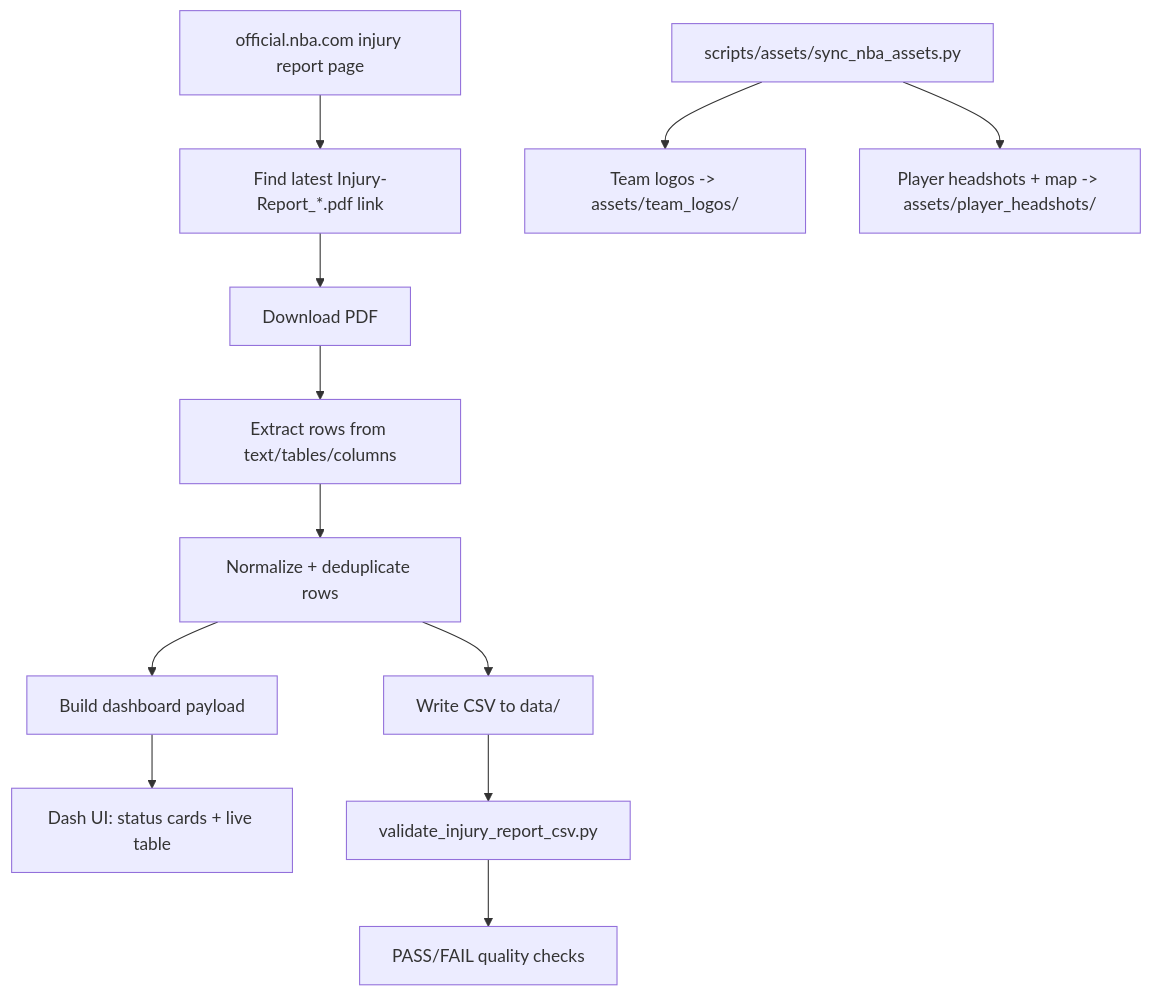
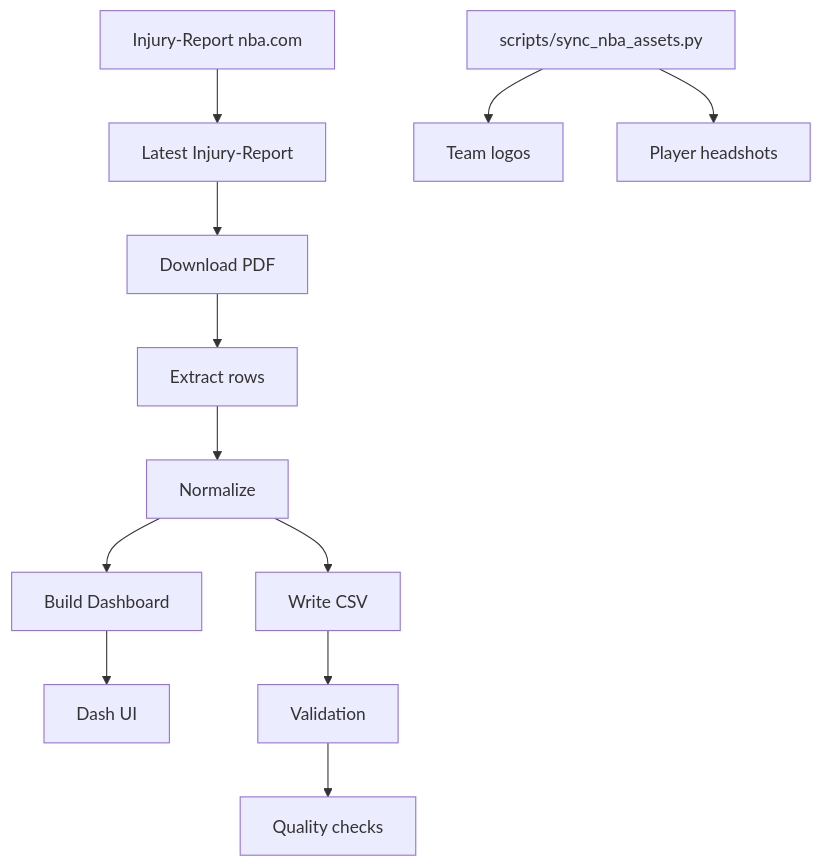
One commit to LucasB19/NBA-Injury-Report changed the diagram in README.md. Above: the diagram before and after it, drawn with Mermaid.

Commit message:
docs: simplify README mermaid labels

````diff
--- a/README.md
+++ b/README.md
@@ -20,16 +20,16 @@
 ```mermaid
 flowchart TD
-  A[official.nba.com injury report page] --> B[Find latest Injury-Report_*.pdf link]
+  A[Injury-Report nba.com] --> B[Latest Injury-Report]
   B --> C[Download PDF]
-  C --> D[Extract rows from text/tables/columns]
-  D --> E[Normalize + deduplicate rows]
-  E --> F[Write CSV to data/]
-  E --> G[Build dashboard payload]
-  G --> H[Dash UI: status cards + live table]
+  C --> D[Extract rows]
+  D --> E[Normalize]
+  E --> F[Write CSV]
+  E --> G[Build Dashboard]
+  G --> H[Dash UI]
 
-  I[scripts/assets/sync_nba_assets.py] --> J[Team logos -> assets/team_logos/]
-  I --> K[Player headshots + map -> assets/player_headshots/]
+  I[scripts/sync_nba_assets.py] --> J[Team logos]
+  I --> K[Player headshots]
 
-  F --> L[validate_injury_report_csv.py]
-  L --> M[PASS/FAIL quality checks]
+  F --> L[Validation]
+  L --> M[Quality checks]
 ```
````
